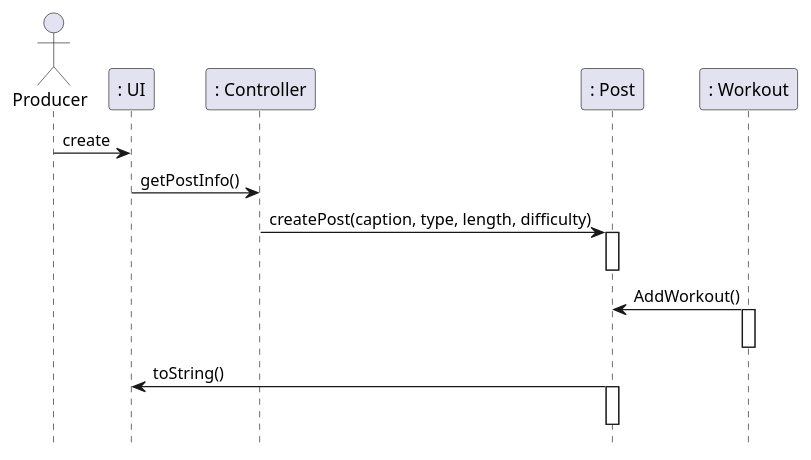
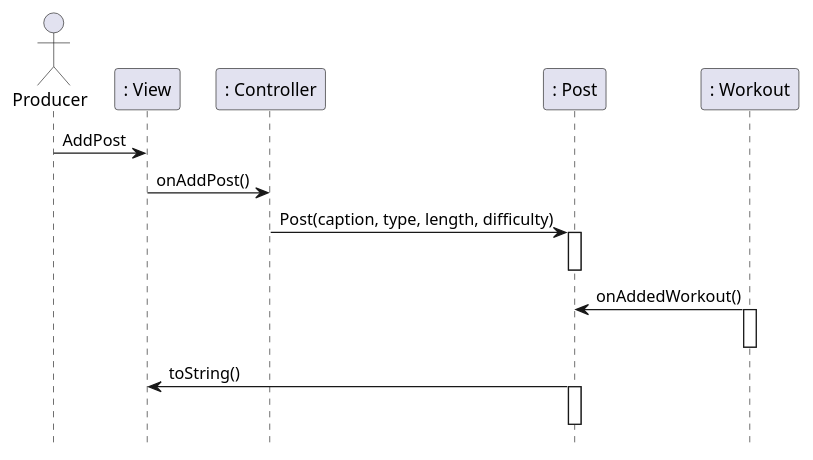
Before and after one commit to arun-guruswamy/workout-networking: the third of 6 diagrams in intellij/doc/design.md, drawn with PlantUML. The commit also changed other lines of this file, not shown here.

````diff
--- a/intellij/doc/design.md
+++ b/intellij/doc/design.md
@@ -50,22 +69,22 @@
 ```plantuml
 @startuml
 hide footbox
 actor Producer as producer
-participant ": UI" as ui 
+participant ": View" as view 
 participant ": Controller" as controller 
 participant ": Post" as Post
 participant ": Workout" as workout
 
-producer -> ui : create 
-ui -> controller : getPostInfo()
-controller -> Post : createPost(caption, type, length, difficulty)
+producer -> view : AddPost 
+view -> controller : onAddPost()
+controller -> Post : Post(caption, type, length, difficulty)
 activate Post
 deactivate Post
-workout -> Post : AddWorkout()
+workout -> Post : onAddedWorkout()
 activate workout
 deactivate workout
-ui <- Post : toString()
+view <- Post : toString()
 activate Post
 deactivate Post
 @enduml
 ```
````
